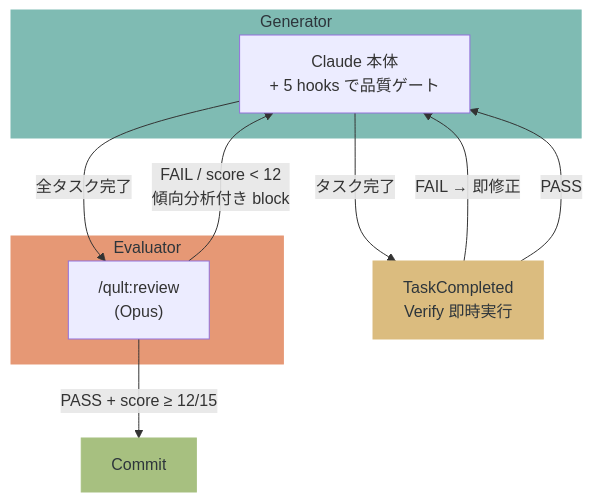
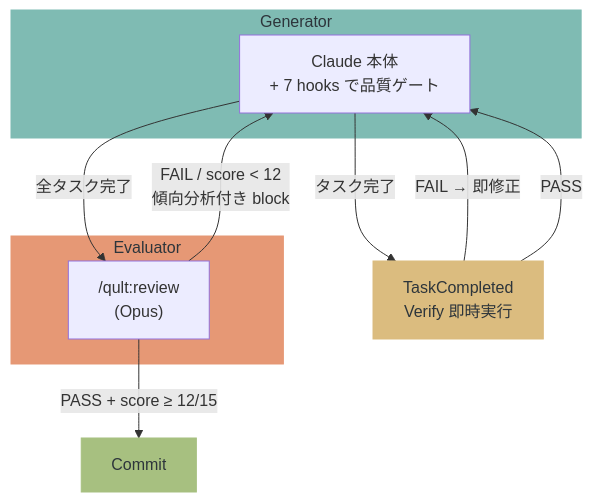
One commit to hir4ta/qult changed the second of 2 diagrams in README.ja.md. Above: the diagram before and after it, drawn with Mermaid. The commit also changed other lines of this file and 7 other files, not shown here.

````diff
--- a/README.ja.md
+++ b/README.ja.md
@@ -46,21 +46,21 @@
 ```mermaid
 flowchart TB
     subgraph Generator["Generator"]
-        Claude["Claude 本体\n+ 5 hooks で品質ゲート"]
+        Claude["Claude 本体\n+ 7 hooks で品質ゲート"]
     end
     subgraph Evaluator["Evaluator"]
         Rev["/qult:review\n(Opus)"]
     end
 
     Claude -- "タスク完了" --> TV["TaskCompleted\nVerify 即時実行"]
     TV -- "FAIL → 即修正" --> Claude
     TV -- "PASS" --> Claude
     Claude -- "全タスク完了" --> Rev
     Rev -- "FAIL / score < 12\n傾向分析付き block" --> Claude
     Rev -- "PASS + score ≥ 12/15" --> Done["Commit"]
 
     style Generator fill:#7fbbb3,color:#2d353b,stroke:#7fbbb3
     style Evaluator fill:#e69875,color:#2d353b,stroke:#e69875
     style Done fill:#a7c080,color:#2d353b,stroke:#a7c080
     style TV fill:#dbbc7f,color:#2d353b,stroke:#dbbc7f
 ```
````
